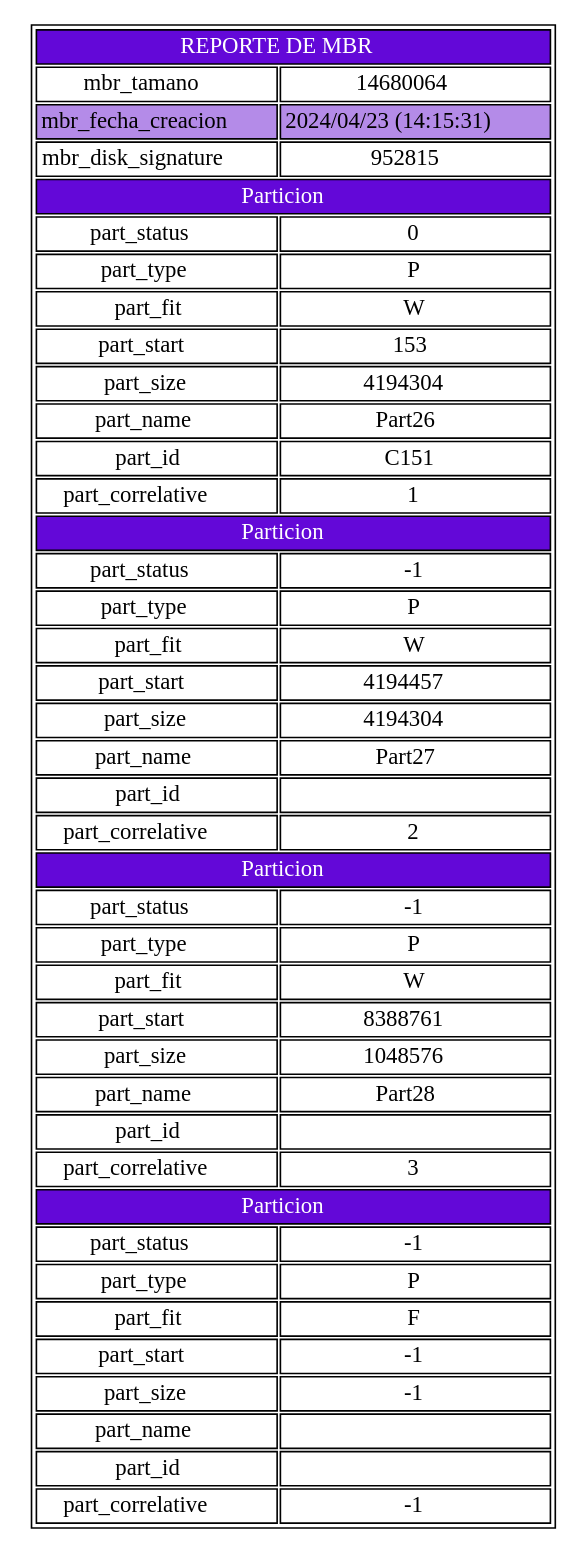
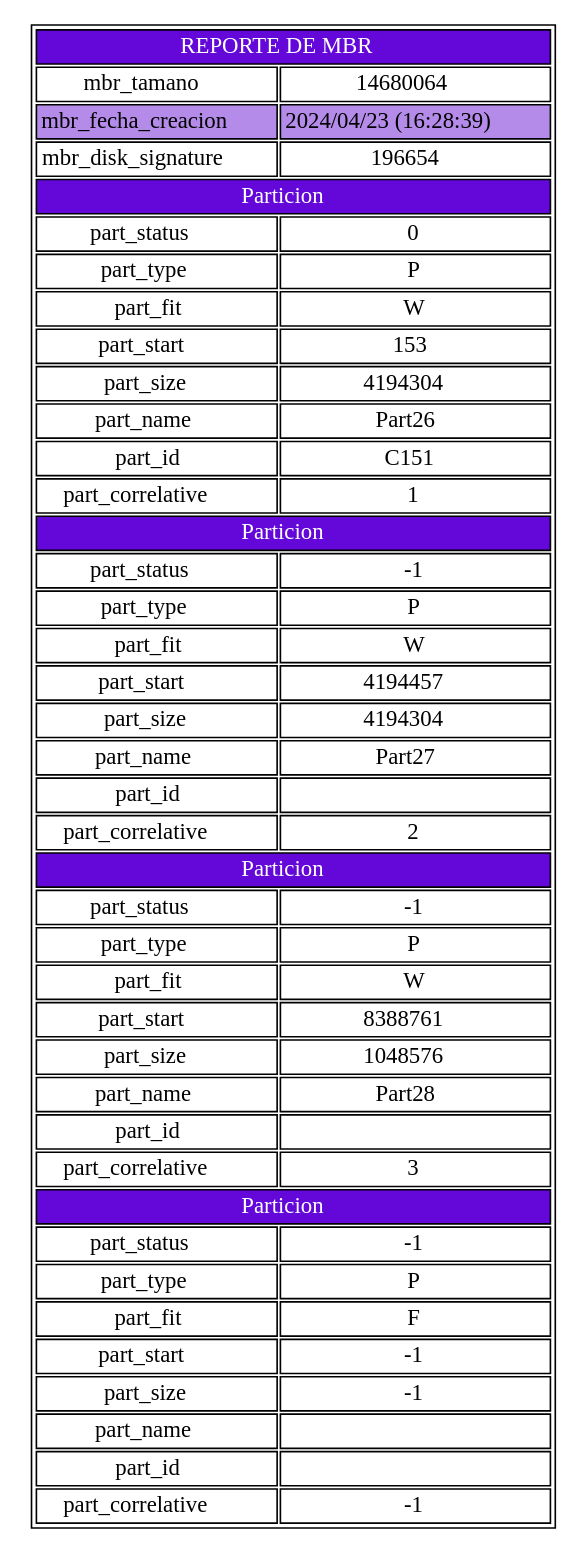
One commit to Iskandar1412/MIA_P2_201906051_S12024 changed the diagram in Backend/Rep/reporte9.dot. Above: the diagram before and after it, drawn with Graphviz. The commit also changed 9 other files, not shown here.

```diff
--- a/Backend/Rep/reporte9.dot
+++ b/Backend/Rep/reporte9.dot
@@ -1,150 +1,150 @@
 digraph G{
 	node[shape=none];
 	start[label=<<table>
 		<tr><td colspan="2" bgcolor="#6308d8"><font color="white">REPORTE DE MBR</font></td></tr>
 		<tr>
 			<td>mbr_tamano</td>
 			<td>14680064</td>
 		</tr>
 		<tr>
 			<td bgcolor="#b48be8">mbr_fecha_creacion</td>
-			<td bgcolor="#b48be8">2024/04/23 (14:15:31)</td>
+			<td bgcolor="#b48be8">2024/04/23 (16:28:39)</td>
 		</tr>
 		<tr>
 			<td>mbr_disk_signature</td>
-			<td>952815</td>
+			<td>196654</td>
 		</tr>
 		<tr><td colspan="2" bgcolor="#6308d8"><font color="white">Particion</font></td></tr>
 		<tr>
 			<td>part_status</td>
 			<td>0</td>
 		</tr>
 		<tr>
 			<td brcolor="#b48be8">part_type</td>
 			<td brcolor="#b48be8">P</td>
 		</tr>
 		<tr>
 			<td>part_fit</td>
 			<td>W</td>
 		</tr>
 		<tr>
 			<td brcolor="#b48be8">part_start</td>
 			<td brcolor="#b48be8">153</td>
 		</tr>
 		<tr>
 			<td>part_size</td>
 			<td>4194304</td>
 		</tr>
 		<tr>
 			<td brcolor="#b48be8">part_name</td>
 			<td brcolor="#b48be8">Part26</td>
 		</tr>
 		<tr>
 			<td>part_id</td>
 			<td>C151</td>
 		</tr>
 		<tr>
 			<td brcolor="#b48be8">part_correlative</td>
 			<td brcolor="#b48be8">1</td>
 		</tr>
 		<tr><td colspan="2" bgcolor="#6308d8"><font color="white">Particion</font></td></tr>
 		<tr>
 			<td>part_status</td>
 			<td>-1</td>
 		</tr>
 		<tr>
 			<td brcolor="#b48be8">part_type</td>
 			<td brcolor="#b48be8">P</td>
 		</tr>
 		<tr>
 			<td>part_fit</td>
 			<td>W</td>
 		</tr>
 		<tr>
 			<td brcolor="#b48be8">part_start</td>
 			<td brcolor="#b48be8">4194457</td>
 		</tr>
 		<tr>
 			<td>part_size</td>
 			<td>4194304</td>
 		</tr>
 		<tr>
 			<td brcolor="#b48be8">part_name</td>
 			<td brcolor="#b48be8">Part27</td>
 		</tr>
 		<tr>
 			<td>part_id</td>
 			<td></td>
 		</tr>
 		<tr>
 			<td brcolor="#b48be8">part_correlative</td>
 			<td brcolor="#b48be8">2</td>
 		</tr>
 		<tr><td colspan="2" bgcolor="#6308d8"><font color="white">Particion</font></td></tr>
 		<tr>
 			<td>part_status</td>
 			<td>-1</td>
 		</tr>
 		<tr>
 			<td brcolor="#b48be8">part_type</td>
 			<td brcolor="#b48be8">P</td>
 		</tr>
 		<tr>
 			<td>part_fit</td>
 			<td>W</td>
 		</tr>
 		<tr>
 			<td brcolor="#b48be8">part_start</td>
 			<td brcolor="#b48be8">8388761</td>
 		</tr>
 		<tr>
 			<td>part_size</td>
 			<td>1048576</td>
 		</tr>
 		<tr>
 			<td brcolor="#b48be8">part_name</td>
 			<td brcolor="#b48be8">Part28</td>
 		</tr>
 		<tr>
 			<td>part_id</td>
 			<td></td>
 		</tr>
 		<tr>
 			<td brcolor="#b48be8">part_correlative</td>
 			<td brcolor="#b48be8">3</td>
 		</tr>
 		<tr><td colspan="2" bgcolor="#6308d8"><font color="white">Particion</font></td></tr>
 		<tr>
 			<td>part_status</td>
 			<td>-1</td>
 		</tr>
 		<tr>
 			<td brcolor="#b48be8">part_type</td>
 			<td brcolor="#b48be8">P</td>
 		</tr>
 		<tr>
 			<td>part_fit</td>
 			<td>F</td>
 		</tr>
 		<tr>
 			<td brcolor="#b48be8">part_start</td>
 			<td brcolor="#b48be8">-1</td>
 		</tr>
 		<tr>
 			<td>part_size</td>
 			<td>-1</td>
 		</tr>
 		<tr>
 			<td brcolor="#b48be8">part_name</td>
 			<td brcolor="#b48be8"></td>
 		</tr>
 		<tr>
 			<td>part_id</td>
 			<td></td>
 		</tr>
 		<tr>
 			<td brcolor="#b48be8">part_correlative</td>
 			<td brcolor="#b48be8">-1</td>
 		</tr>
 	</table>>];
 }
```
